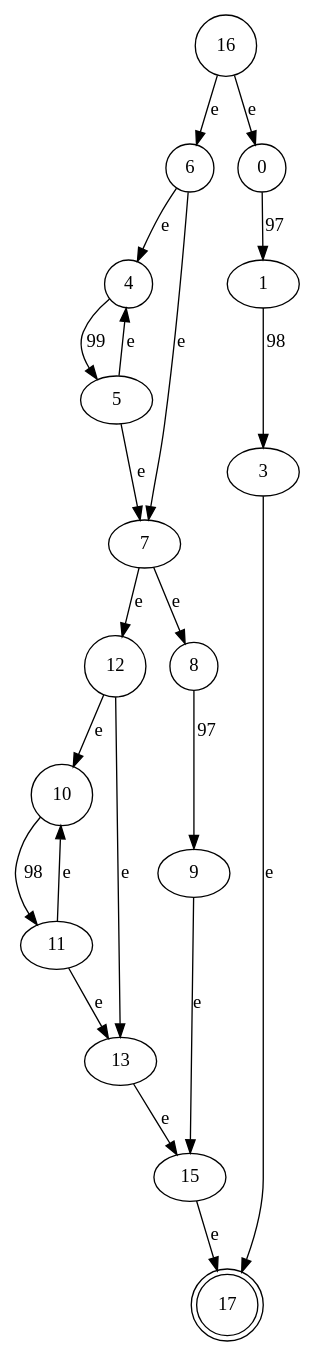
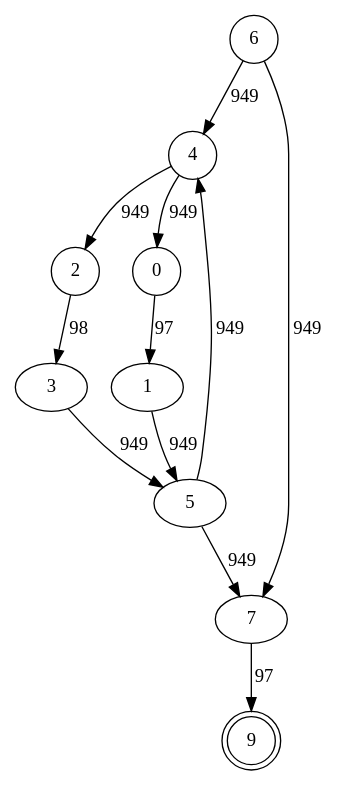
One commit to bryannalfaro/Dise-odeLenguajes changed the diagram in test-output/automata1.gv. Above: the diagram before and after it, drawn with Graphviz. The commit also changed 5 other files, not shown here.

```diff
--- a/test-output/automata1.gv
+++ b/test-output/automata1.gv
@@ -1,31 +1,18 @@
 digraph automata1 {
-	16 [label=16 shape=circle]
-	17 [label=17 shape=doublecircle]
 	6 [label=6 shape=circle]
+	9 [label=9 shape=doublecircle]
+	4 [label=4 shape=circle]
+	2 [label=2 shape=circle]
 	0 [label=0 shape=circle]
-	4 [label=4 shape=circle]
-	12 [label=12 shape=circle]
-	8 [label=8 shape=circle]
-	10 [label=10 shape=circle]
-	16 -> 6 [label=e]
-	16 -> 0 [label=e]
-	6 -> 4 [label=e]
-	6 -> 7 [label=e]
-	4 -> 5 [label=99]
-	5 -> 7 [label=e]
-	5 -> 4 [label=e]
-	7 -> 12 [label=e]
-	7 -> 8 [label=e]
-	12 -> 10 [label=e]
-	12 -> 13 [label=e]
-	10 -> 11 [label=98]
-	11 -> 13 [label=e]
-	11 -> 10 [label=e]
-	13 -> 15 [label=e]
-	8 -> 9 [label=97]
-	9 -> 15 [label=e]
-	15 -> 17 [label=e]
+	6 -> 4 [label=949]
+	6 -> 7 [label=949]
+	4 -> 2 [label=949]
+	4 -> 0 [label=949]
+	2 -> 3 [label=98]
+	3 -> 5 [label=949]
 	0 -> 1 [label=97]
-	1 -> 3 [label=98]
-	3 -> 17 [label=e]
+	1 -> 5 [label=949]
+	5 -> 7 [label=949]
+	5 -> 4 [label=949]
+	7 -> 9 [label=97]
 }
```
